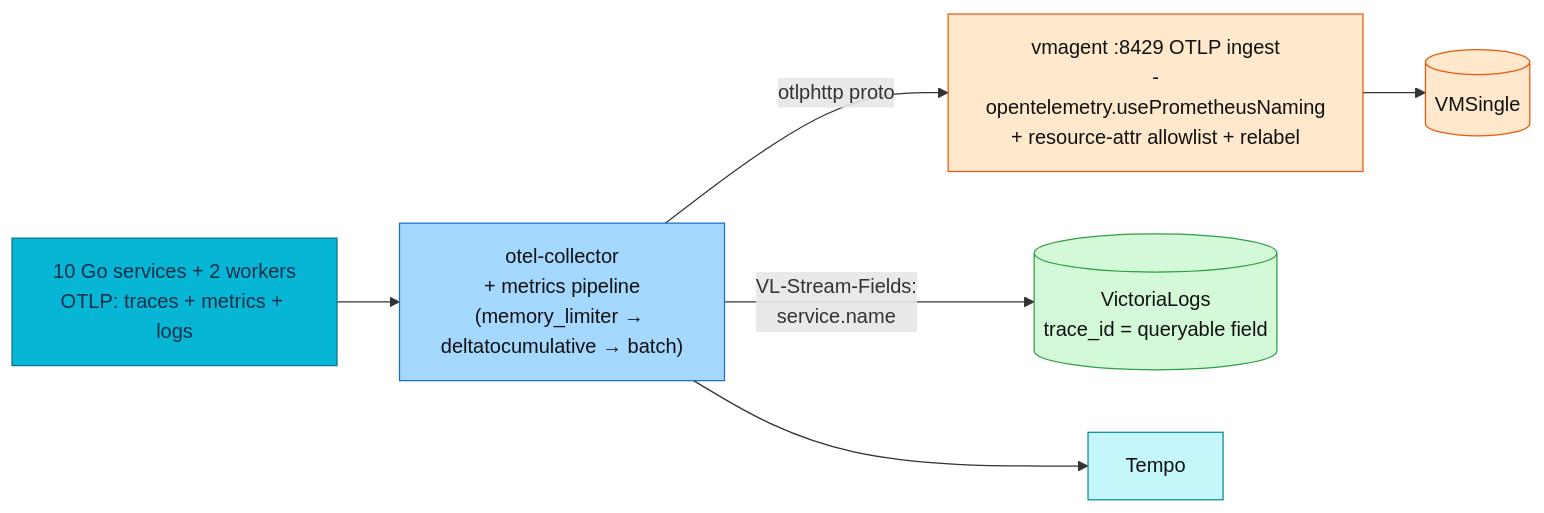
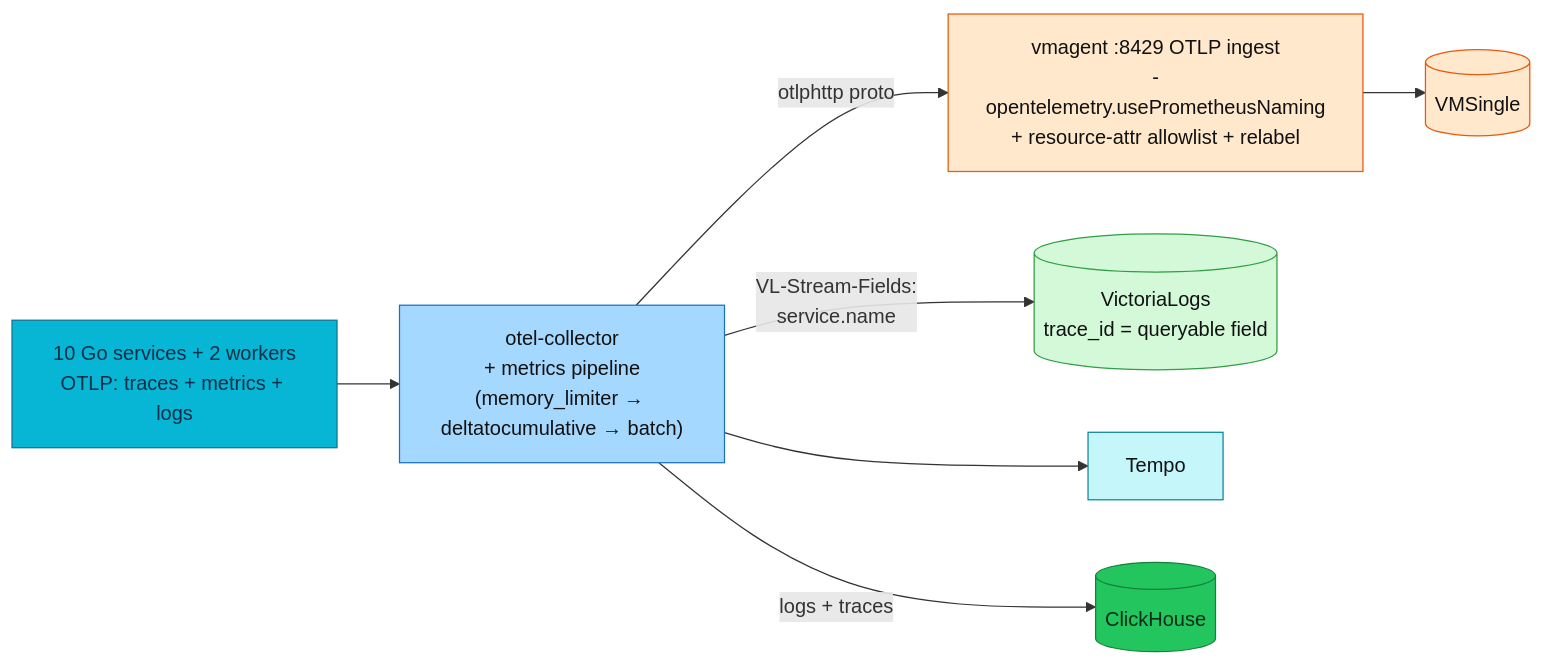
Before and after one commit to duynhlab/homelab: the second of 2 diagrams in docs/observability/opentelemetry/README.md, drawn with Mermaid. The commit also changed other lines of this file and 14 other files, not shown here.

````diff
--- a/docs/observability/opentelemetry/README.md
+++ b/docs/observability/opentelemetry/README.md
@@ -152,19 +158,22 @@
 ```mermaid
 flowchart LR
     SVC2["10 Go services + 2 workers<br/>OTLP: traces + metrics + logs"] --> COL2["otel-collector<br/>+ metrics pipeline<br/>(memory_limiter → deltatocumulative → batch)"]
     COL2 -->|"otlphttp proto"| VMA["vmagent :8429 OTLP ingest<br/>-opentelemetry.usePrometheusNaming<br/>+ resource-attr allowlist + relabel"]
     VMA --> VMS[("VMSingle")]
     COL2 -->|"VL-Stream-Fields:<br/>service.name"| VLX[("VictoriaLogs<br/>trace_id = queryable field")]
     COL2 --> T3["Tempo"]
+    COL2 -->|"logs + traces"| CH3[("ClickHouse")]
 
     classDef app fill:#06b6d4,color:#082f49,stroke:#0e7490;
     classDef otc fill:#a5d8ff,color:#111,stroke:#1971c2;
     classDef metric fill:#ffe8cc,color:#111,stroke:#e8590c;
     classDef log fill:#d3f9d8,color:#111,stroke:#2f9e44;
     classDef trace fill:#c5f6fa,color:#111,stroke:#0c8599;
+    classDef data fill:#22c55e,color:#052e16,stroke:#15803d;
     class SVC2 app;
     class COL2 otc;
     class VMA,VMS metric;
     class VLX log;
     class T3 trace;
+    class CH3 data;
 ```
````
